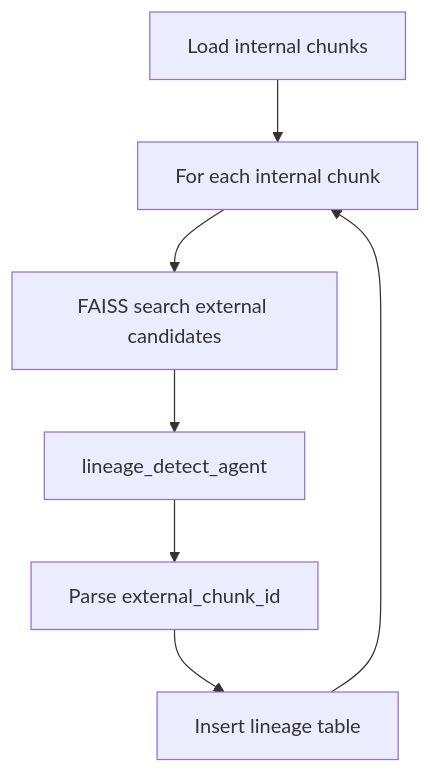
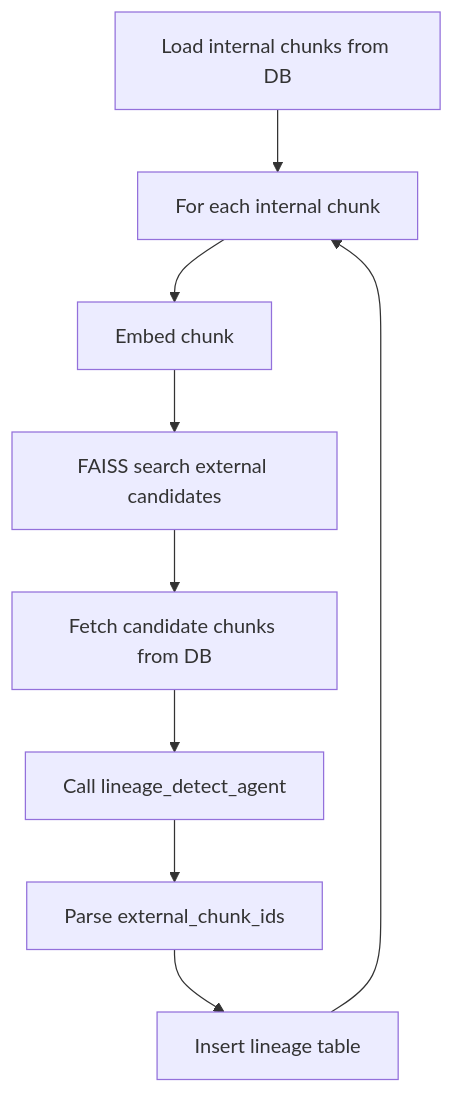
One commit to Rajesh-Nair/RISEAPP changed the fifth of 5 diagrams in README.md. Above: the diagram before and after it, drawn with Mermaid. The commit also changed other lines of this file and 19 other files, not shown here.

````diff
--- a/README.md
+++ b/README.md
@@ -166,9 +225,11 @@
 ```mermaid
 flowchart TB
-  A[Load internal chunks] --> B[For each internal chunk]
-  B --> C[FAISS search external candidates]
-  C --> D[lineage_detect_agent]
-  D --> E[Parse external_chunk_id]
-  E --> F[Insert lineage table]
-  F --> B
+  A[Load internal chunks from DB] --> B[For each internal chunk]
+  B --> C[Embed chunk]
+  C --> D[FAISS search external candidates]
+  D --> E[Fetch candidate chunks from DB]
+  E --> F[Call lineage_detect_agent]
+  F --> G[Parse external_chunk_ids]
+  G --> H[Insert lineage table]
+  H --> B
 ```
````
